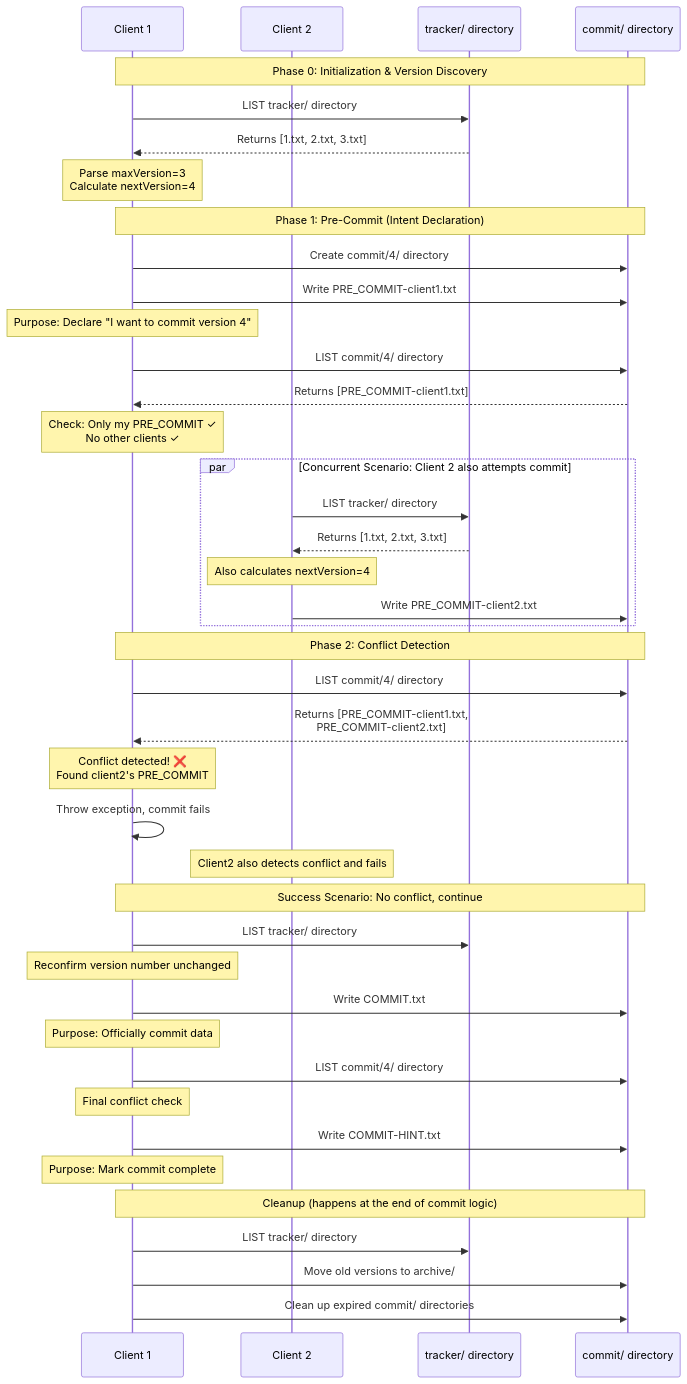
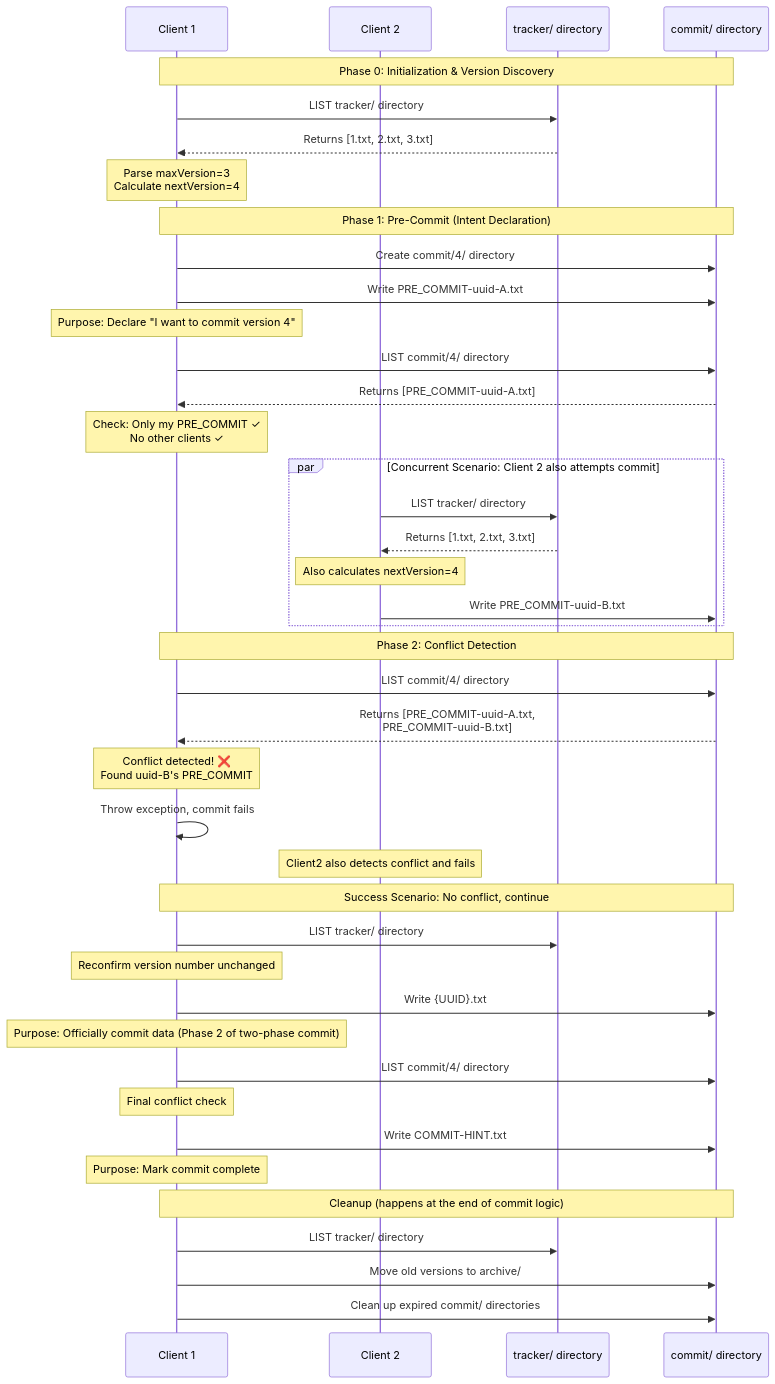
Before and after one commit to BsoBird/filesystem-catalog-original: the first of 3 diagrams in FileTrackerCommitStrategyV2-Explained.md, drawn with Mermaid. The commit also changed other lines of this file, not shown here.

````diff
--- a/FileTrackerCommitStrategyV2-Explained.md
+++ b/FileTrackerCommitStrategyV2-Explained.md
@@ -63,54 +63,54 @@
 ```mermaid
 sequenceDiagram
     participant Client1 as Client 1
     participant Client2 as Client 2
     participant Tracker as tracker/ directory
     participant Commit as commit/ directory
     
     Note over Client1,Commit: Phase 0: Initialization & Version Discovery
     Client1->>Tracker: LIST tracker/ directory
     Tracker-->>Client1: Returns [1.txt, 2.txt, 3.txt]
     Note over Client1: Parse maxVersion=3<br/>Calculate nextVersion=4
     
     Note over Client1,Commit: Phase 1: Pre-Commit (Intent Declaration)
     Client1->>Commit: Create commit/4/ directory
-    Client1->>Commit: Write PRE_COMMIT-client1.txt
+    Client1->>Commit: Write PRE_COMMIT-uuid-A.txt
     Note over Client1: Purpose: Declare "I want to commit version 4"
     
     Client1->>Commit: LIST commit/4/ directory
-    Commit-->>Client1: Returns [PRE_COMMIT-client1.txt]
+    Commit-->>Client1: Returns [PRE_COMMIT-uuid-A.txt]
     Note over Client1: Check: Only my PRE_COMMIT ✓<br/>No other clients ✓
     
     par Concurrent Scenario: Client 2 also attempts commit
         Client2->>Tracker: LIST tracker/ directory
         Tracker-->>Client2: Returns [1.txt, 2.txt, 3.txt]
         Note over Client2: Also calculates nextVersion=4
-        Client2->>Commit: Write PRE_COMMIT-client2.txt
+        Client2->>Commit: Write PRE_COMMIT-uuid-B.txt
     end
     
     Note over Client1,Commit: Phase 2: Conflict Detection
     Client1->>Commit: LIST commit/4/ directory
-    Commit-->>Client1: Returns [PRE_COMMIT-client1.txt,<br/>PRE_COMMIT-client2.txt]
-    Note over Client1: Conflict detected! ❌<br/>Found client2's PRE_COMMIT
+    Commit-->>Client1: Returns [PRE_COMMIT-uuid-A.txt,<br/>PRE_COMMIT-uuid-B.txt]
+    Note over Client1: Conflict detected! ❌<br/>Found uuid-B's PRE_COMMIT
     Client1->>Client1: Throw exception, commit fails
     
     Note over Client2: Client2 also detects conflict and fails
     
     Note over Client1,Commit: Success Scenario: No conflict, continue
     Client1->>Tracker: LIST tracker/ directory
     Note over Client1: Reconfirm version number unchanged
     
-    Client1->>Commit: Write COMMIT.txt
-    Note over Client1: Purpose: Officially commit data
+    Client1->>Commit: Write {UUID}.txt
+    Note over Client1: Purpose: Officially commit data (Phase 2 of two-phase commit)
     
     Client1->>Commit: LIST commit/4/ directory
     Note over Client1: Final conflict check
     
     Client1->>Commit: Write COMMIT-HINT.txt
     Note over Client1: Purpose: Mark commit complete
     
     Note over Client1,Commit: Cleanup (happens at the end of commit logic)
     Client1->>Tracker: LIST tracker/ directory
     Client1->>Commit: Move old versions to archive/
     Client1->>Commit: Clean up expired commit/ directories
 ```
````
